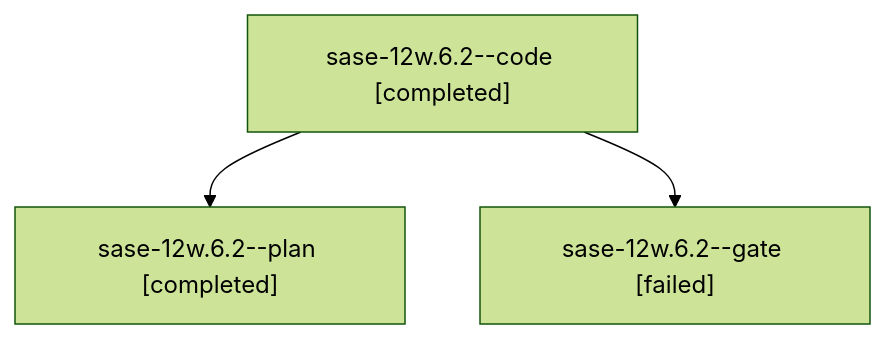
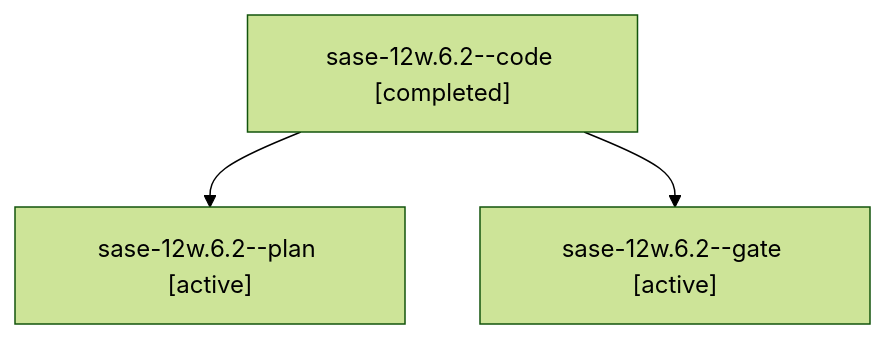
The diagram in families/bbugyi200.athena.sase-12w.6.2.md (sase-org/sase--agents), drawn with Mermaid (forest theme) before and after one commit. The commit also changed other lines of this file and 35830 other files, not shown here.

````diff
--- a/families/bbugyi200.athena.sase-12w.6.2.md
+++ b/families/bbugyi200.athena.sase-12w.6.2.md
@@ -9,8 +9,8 @@
 ```mermaid
 flowchart TD
   n0["sase-12w.6.2--code [completed]"]
-  n1["sase-12w.6.2--plan [completed]"]
+  n1["sase-12w.6.2--plan [active]"]
   n0 --> n1
-  n2["sase-12w.6.2--gate [failed]"]
+  n2["sase-12w.6.2--gate [active]"]
   n0 --> n2
 ```
````
